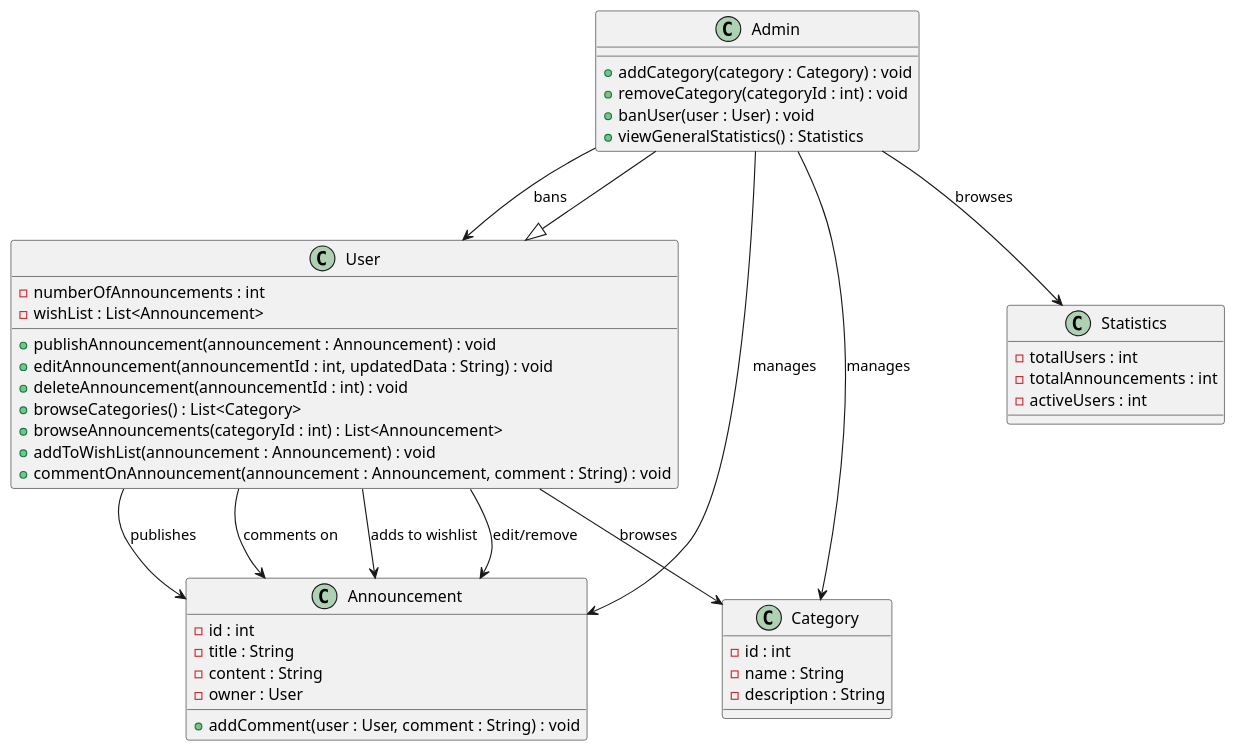
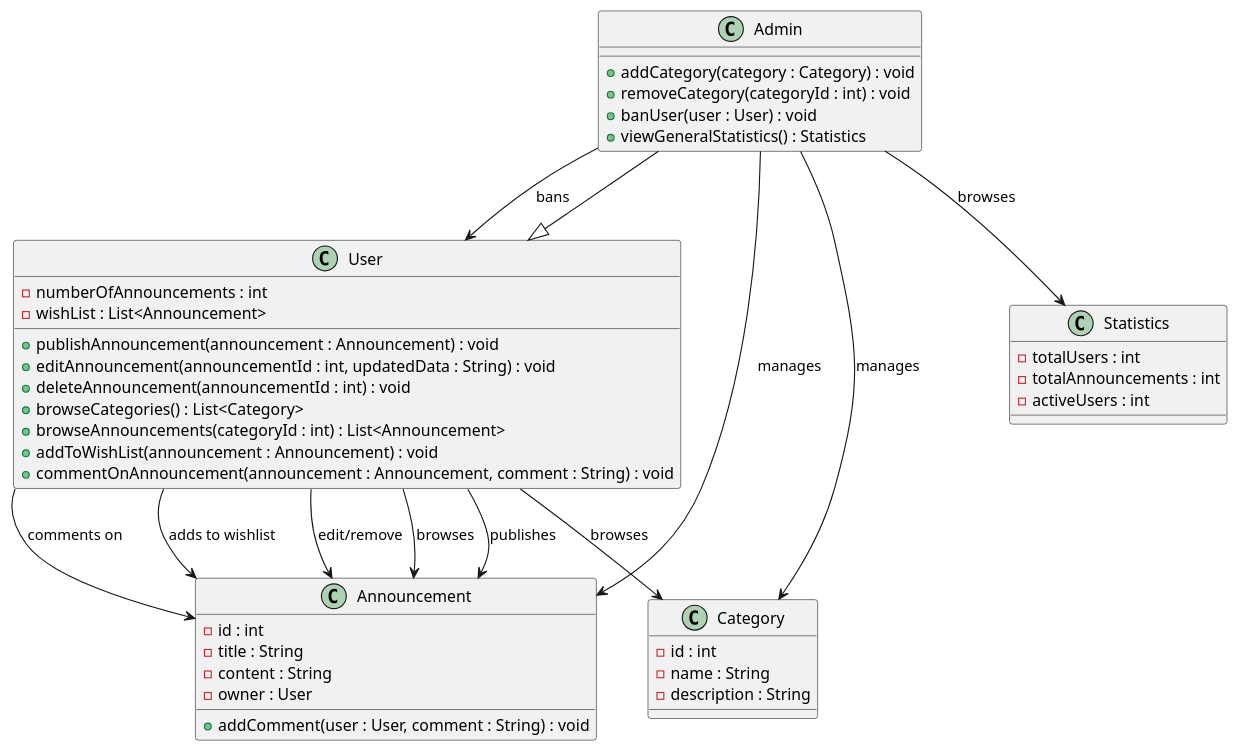
One commit to AntoniUlmaniec/DigitalAnnouncementSite changed the diagram in Class.puml. Above: the diagram before and after it, drawn with PlantUML. The commit also changed 3 other files, not shown here.

```diff
--- a/Class.puml
+++ b/Class.puml
@@ -1,54 +1,55 @@
 @startuml
 
 class User {
     - numberOfAnnouncements : int
     - wishList : List<Announcement>
     + publishAnnouncement(announcement : Announcement) : void
     + editAnnouncement(announcementId : int, updatedData : String) : void
     + deleteAnnouncement(announcementId : int) : void
     + browseCategories() : List<Category>
     + browseAnnouncements(categoryId : int) : List<Announcement>
     + addToWishList(announcement : Announcement) : void
     + commentOnAnnouncement(announcement : Announcement, comment : String) : void
 }
 
 class Admin {
     + addCategory(category : Category) : void
     + removeCategory(categoryId : int) : void
     + banUser(user : User) : void
     + viewGeneralStatistics() : Statistics
 }
 
 Admin --|> User
 
 class Announcement {
     - id : int
     - title : String
     - content : String
     - owner : User
     + addComment(user : User, comment : String) : void
 }
 
 class Category {
     - id : int
     - name : String
     - description : String
 }
 
 class Statistics {
     - totalUsers : int
     - totalAnnouncements : int
     - activeUsers : int
 }
 
+User --> Announcement : browses
 User --> Announcement : publishes
 User --> Announcement : comments on
 User --> Category : browses
 User --> Announcement : adds to wishlist
 User --> Announcement : edit/remove
 Admin --> Category : manages
 Admin --> User : bans
 Admin --> Announcement : manages
 Admin --> Statistics : browses
 
 @enduml
```
